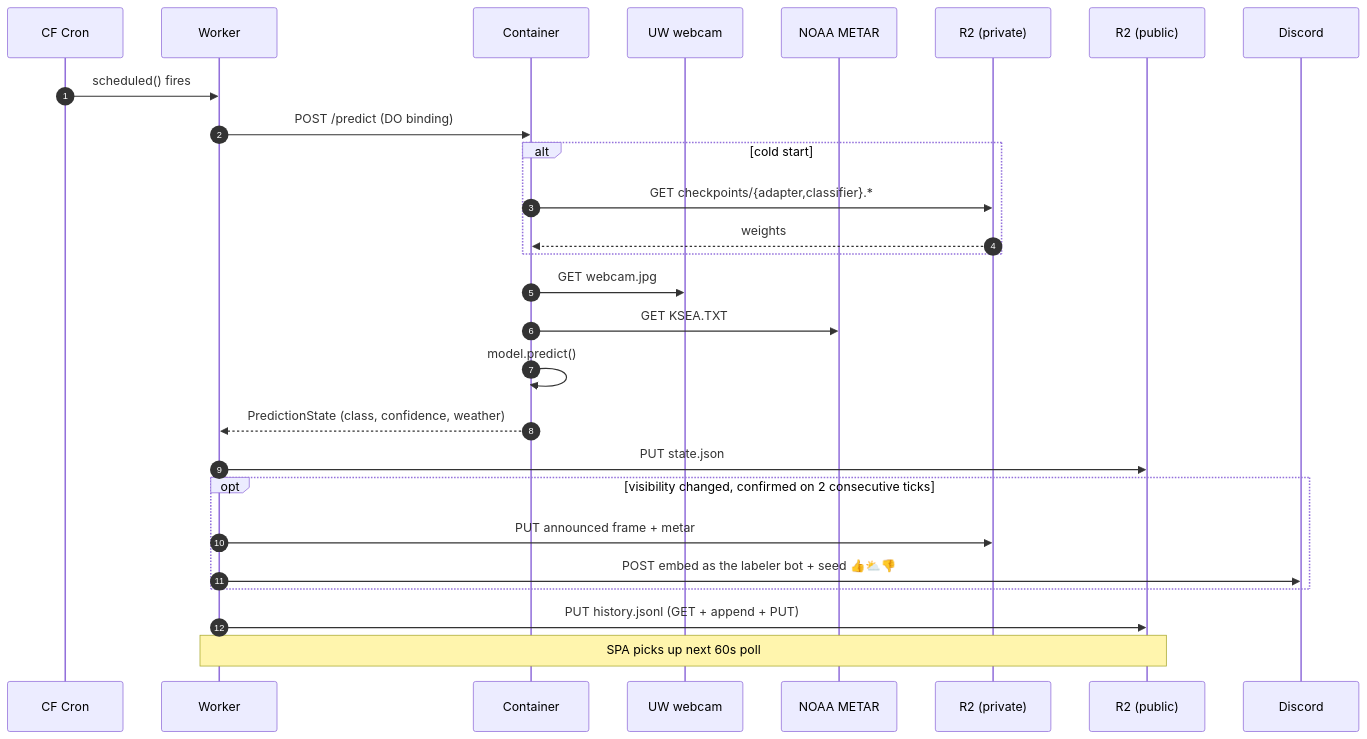
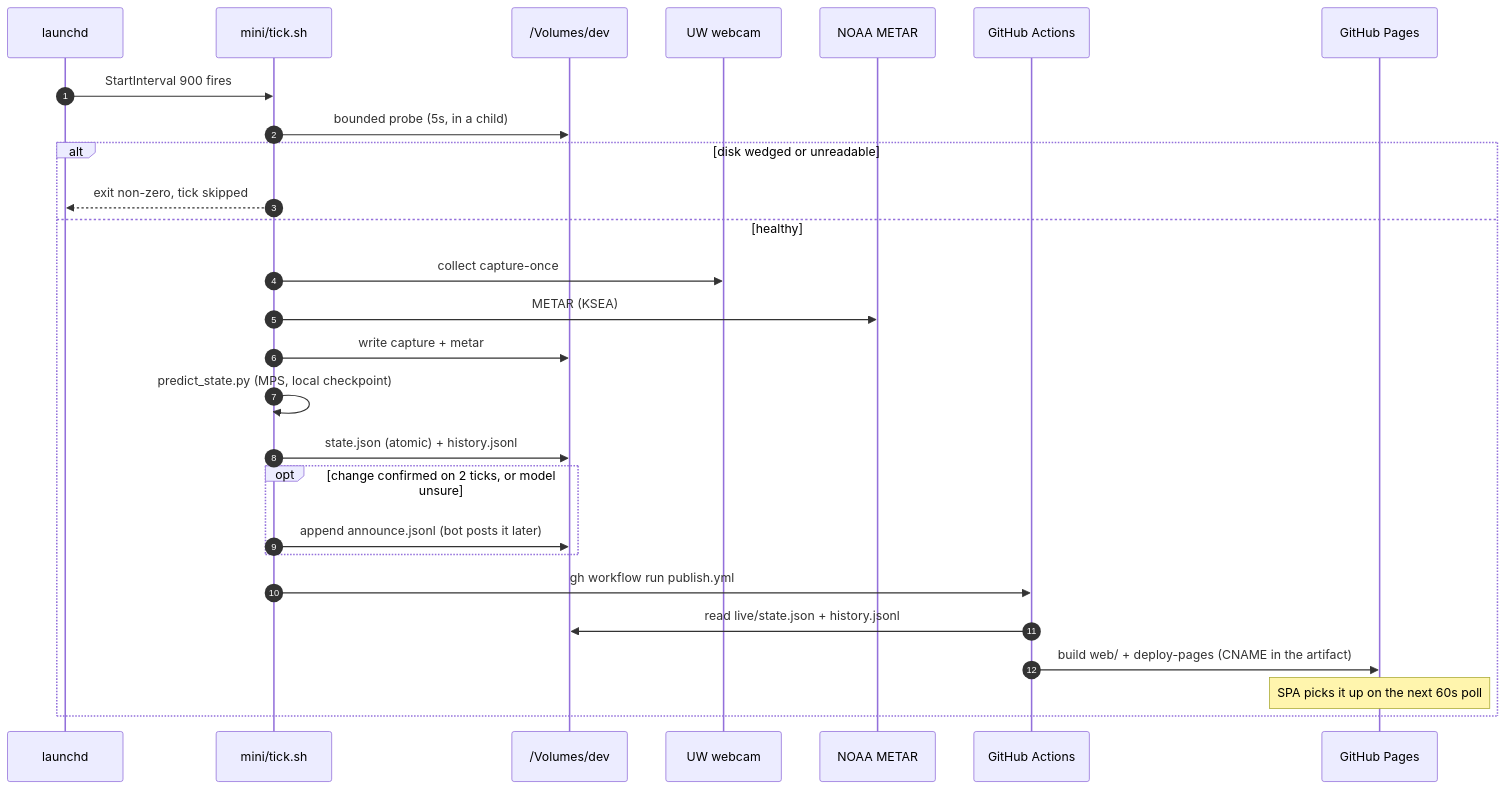
One commit to robogeosociety/is-the-mountain-out changed the second of 3 diagrams in README.md. Above: the diagram before and after it, drawn with Mermaid. The commit also changed other lines of this file and 54 other files, not shown here.

````diff
--- a/README.md
+++ b/README.md
@@ -105,30 +114,30 @@
 ```mermaid
 sequenceDiagram
   autonumber
-  participant Cron as CF Cron
-  participant W as Worker
-  participant C as Container
+  participant L as launchd
+  participant T as mini/tick.sh
+  participant D as /Volumes/dev
   participant Cam as UW webcam
   participant M as NOAA METAR
-  participant R2p as R2 (private)
-  participant R2u as R2 (public)
-  participant D as Discord
+  participant A as GitHub Actions
+  participant P as GitHub Pages
 
-  Cron->>W: scheduled() fires
-  W->>C: POST /predict (DO binding)
-  alt cold start
-    C->>R2p: GET checkpoints/{adapter,classifier}.*
-    R2p-->>C: weights
+  L->>T: StartInterval 900 fires
+  T->>D: bounded probe (5s, in a child)
+  alt disk wedged or unreadable
+    T-->>L: exit non-zero, tick skipped
+  else healthy
+    T->>Cam: collect capture-once
+    T->>M: METAR (KSEA)
+    T->>D: write capture + metar
+    T->>T: predict_state.py (MPS, local checkpoint)
+    T->>D: state.json (atomic) + history.jsonl
+    opt change confirmed on 2 ticks, or model unsure
+      T->>D: append announce.jsonl (bot posts it later)
+    end
+    T->>A: gh workflow run publish.yml
+    A->>D: read live/state.json + history.jsonl
+    A->>P: build web/ + deploy-pages (CNAME in the artifact)
+    Note over P: SPA picks it up on the next 60s poll
   end
-  C->>Cam: GET webcam.jpg
-  C->>M: GET KSEA.TXT
-  C->>C: model.predict()
-  C-->>W: PredictionState (class, confidence, weather)
-  W->>R2u: PUT state.json
-  opt visibility changed, confirmed on 2 consecutive ticks
-    W->>R2p: PUT announced frame + metar
-    W->>D: POST embed as the labeler bot + seed 👍⛅👎
-  end
-  W->>R2u: PUT history.jsonl (GET + append + PUT)
-  Note over W,R2u: SPA picks up next 60s poll
 ```
````
